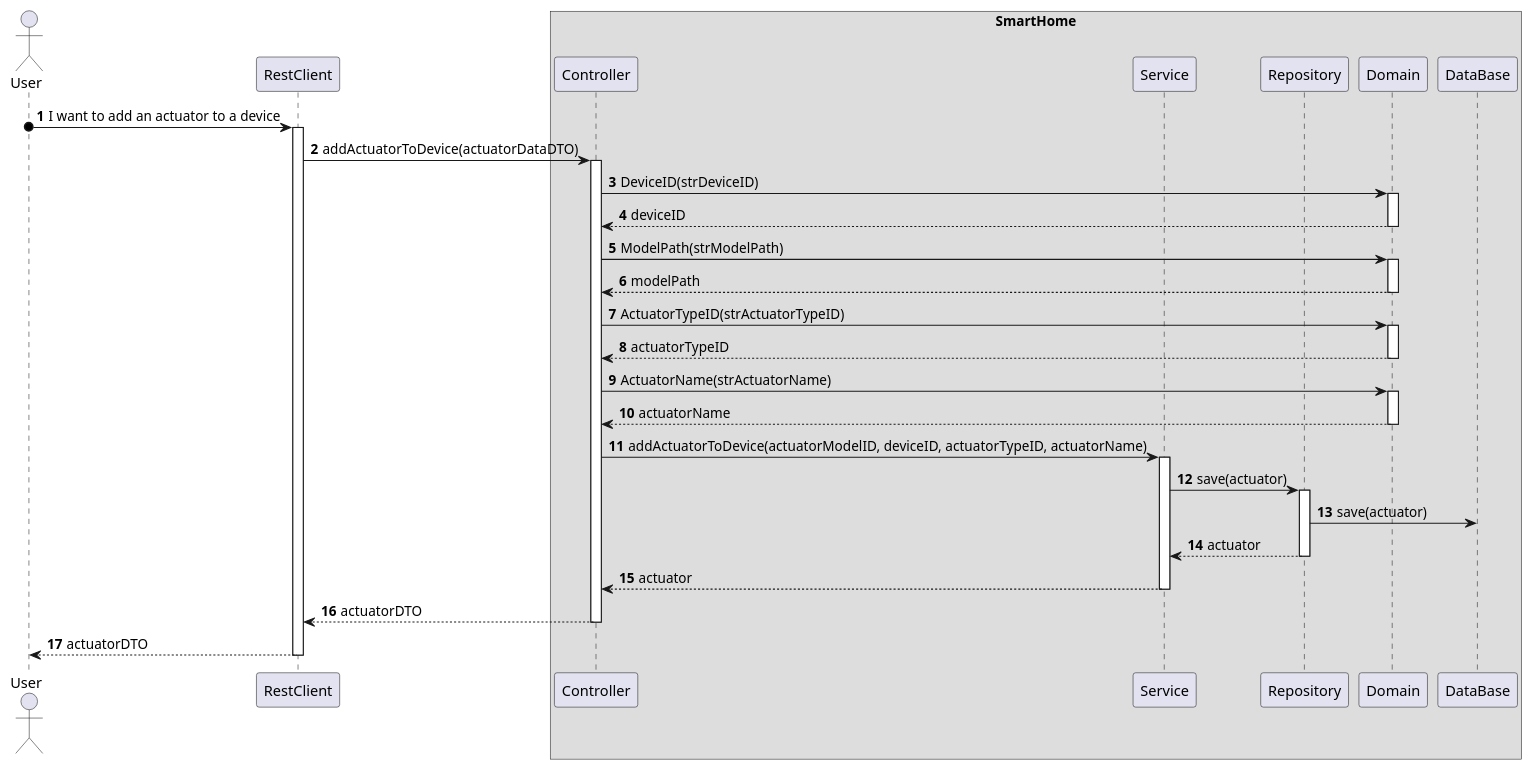
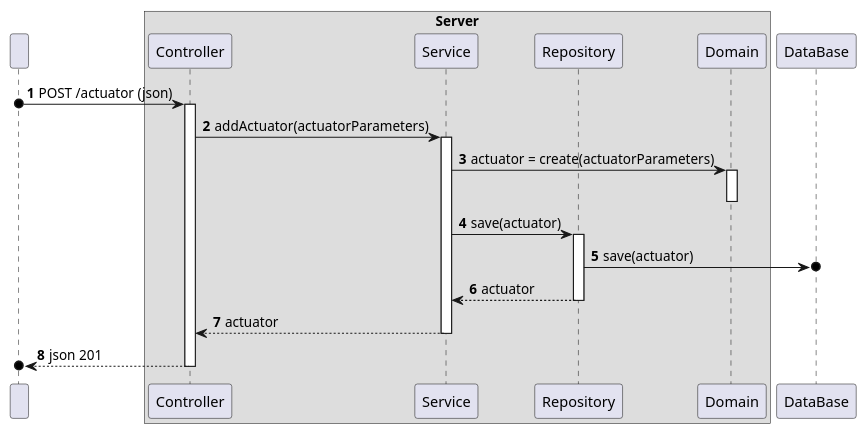
The diagram in docs/ooa/C4_4plus1_models/Level3/ProcessView/ProcessViewLevel3_UC10.puml (olivDiogo/SmartHome), drawn with PlantUML before and after one commit. The commit also changed 3 other files, not shown here.

Commit message:
docs: update documentation for uc10 - add actuator to Device

```diff
--- a/docs/ooa/C4_4plus1_models/Level3/ProcessView/ProcessViewLevel3_UC10.puml
+++ b/docs/ooa/C4_4plus1_models/Level3/ProcessView/ProcessViewLevel3_UC10.puml
@@ -1,65 +1,51 @@
 @startuml
 'https://plantuml.com/sequence-diagram
 !pragma layout smetana
 
 autonumber
 
-actor "User" as User
-participant "RestClient" as RC
+participant " " as User
 
-box "SmartHome"
-    participant "Controller" as CTRL
-    participant "Service" as SV
-    participant "Repository" as REPO
-    participant "Domain" as DOM
-    participant "DataBase" as BD
+box "Server"
+    participant "Controller" as Controller
+    participant "Service" as Service
+    participant "Repository" as Repo
+    participant "Domain" as Domain
 end box
 
-User o-> RC : I want to add an actuator to a device
-activate RC
+    participant "DataBase" as BD
 
-RC -> CTRL : addActuatorToDevice(actuatorDataDTO)
-activate CTRL
+User o-> Controller : POST /actuator (json)
+activate Controller
 
-CTRL -> DOM : DeviceID(strDeviceID)
-activate DOM
-DOM --> CTRL : deviceID
-deactivate DOM
+'Controller -> Controller: actuatorEntryDTO = deserialize(json)
 
-CTRL -> DOM :ModelPath(strModelPath)
-activate DOM
-DOM --> CTRL : modelPath
-deactivate DOM
+'Controller -> Controller: actuatorParameters = getActuatorParameters(actuatorEntryDTO)
 
-CTRL -> DOM : ActuatorTypeID(strActuatorTypeID)
-activate DOM
-DOM --> CTRL : actuatorTypeID
-deactivate DOM
+Controller -> Service : addActuator(actuatorParameters)
+activate Service
 
-CTRL -> DOM :ActuatorName(strActuatorName)
-activate DOM
-DOM --> CTRL : actuatorName
-deactivate DOM
+Service -> Domain: actuator = create(actuatorParameters)
+activate Domain
+deactivate Domain
 
-CTRL -> SV : addActuatorToDevice(actuatorModelID, deviceID, actuatorTypeID, actuatorName)
-activate SV
+Service -> Repo : save(actuator)
+activate Repo
 
-SV -> REPO : save(actuator)
-activate REPO
+Repo ->o BD : save(actuator)
 
-REPO -> BD : save(actuator)
+Repo --> Service : actuator
+deactivate Repo
 
-REPO --> SV : actuator
-deactivate REPO
+Service --> Controller : actuator
+deactivate Service
 
-SV --> CTRL : actuator
-deactivate SV
+'Controller -> Controller : actuatorDTO = domainToDTO(actuator)
 
-CTRL --> RC : actuatorDTO
-deactivate CTRL
+'Controller -> Controller : json = serialize(actuatorDTO)
 
-RC --> User : actuatorDTO
-deactivate RC
+Controller -->o User : json 201
+deactivate Controller
 
 
 @enduml
```
